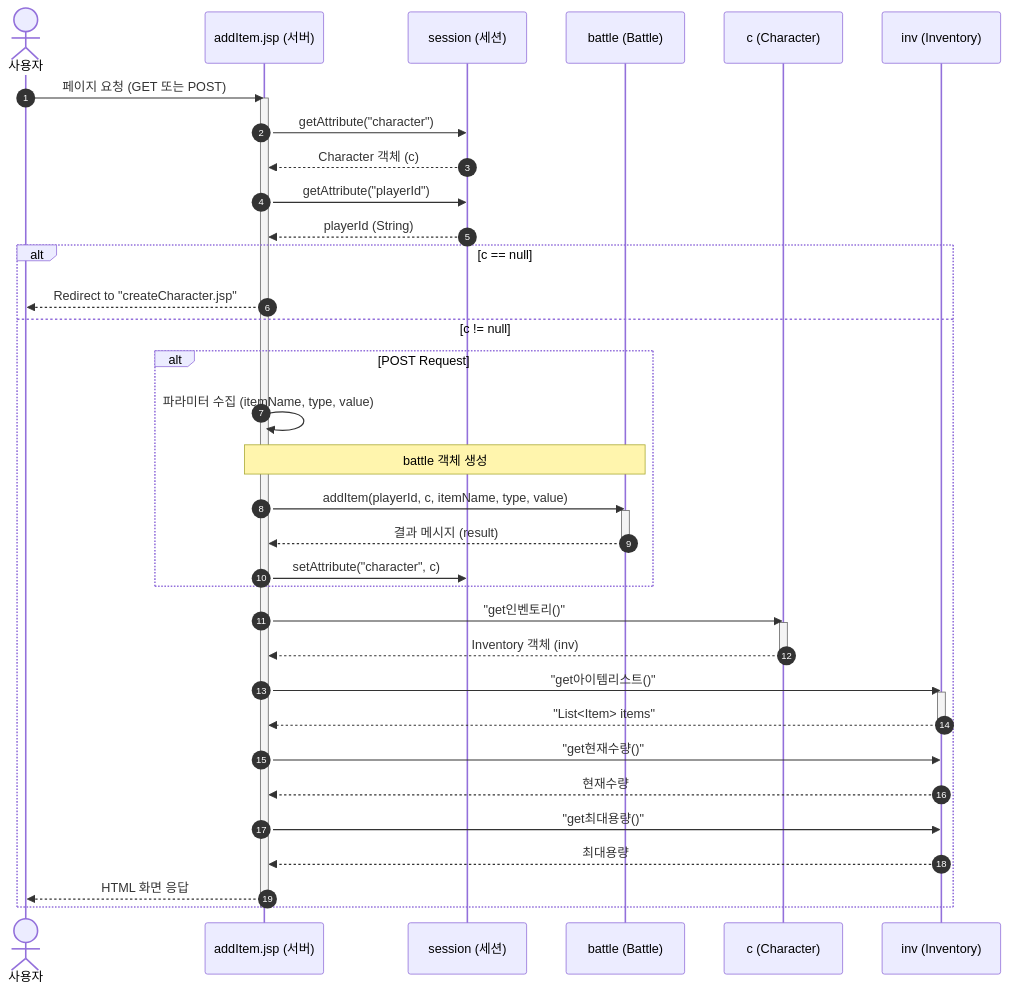
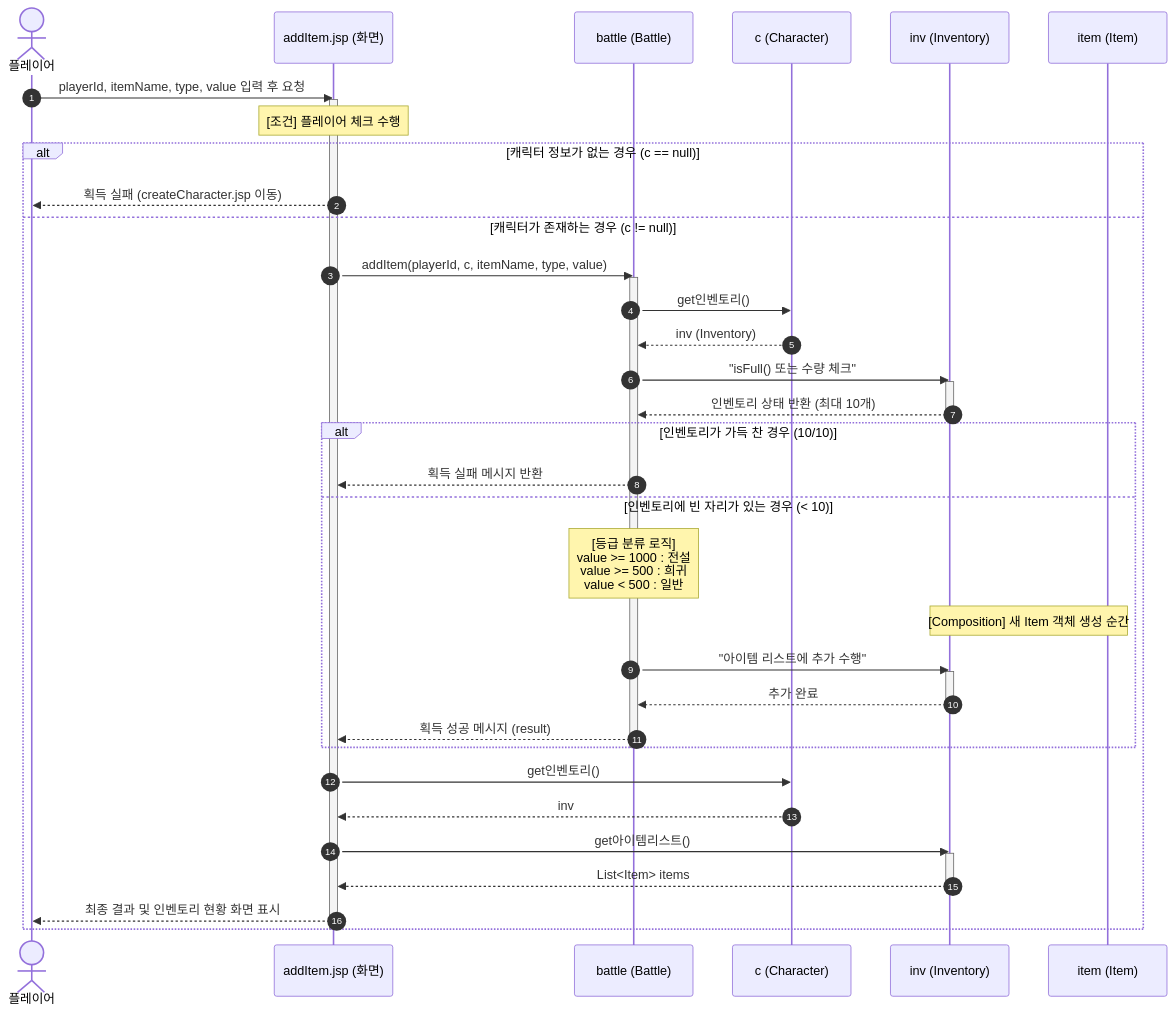
Before and after one commit to Sewqp/DnF_Battle2_B_06-: the diagram in 아이템획득순차도.md, drawn with Mermaid.

````diff
--- a/아이템획득순차도.md
+++ b/아이템획득순차도.md
@@ -1,59 +1,62 @@
 ```mermaid
 sequenceDiagram
     autonumber
-    actor User as 사용자
-    participant JSP as addItem.jsp (서버)
-    participant Session as session (세션)
+    actor User as 플레이어
+    participant JSP as addItem.jsp (화면)
     participant Battle as battle (Battle)
     participant Char as c (Character)
     participant Inv as inv (Inventory)
+    participant Item as item (Item)
 
-    User->>JSP: 페이지 요청 (GET 또는 POST)
+    User->>JSP: playerId, itemName, type, value 입력 후 요청
     activate JSP
 
-    %% 1. 세션 데이터 조회
-    JSP->>Session: getAttribute("character")
-    Session-->>JSP: Character 객체 (c)
-    JSP->>Session: getAttribute("playerId")
-    Session-->>JSP: playerId (String)
+    %% 조건 1: 반드시 플레이어 체크를 한다.
+    Note over JSP: [조건] 플레이어 체크 수행
+    alt 캐릭터 정보가 없는 경우 (c == null)
+        JSP-->>User: 획득 실패 (createCharacter.jsp 이동)
+    else 캐릭터가 존재하는 경우 (c != null)
+        
+        JSP->>Battle: addItem(playerId, c, itemName, type, value)
+        activate Battle
 
-    %% 2. 캐릭터 유효성 검사
-    alt c == null
-        JSP-->>User: Redirect to "createCharacter.jsp"
-    else c != null
+        %% 조건 2: 인벤토리가 가득 차면 (10개) 아이템을 획득할 수 없다.
+        Battle->>Char: get인벤토리()
+        Char-->>Battle: inv (Inventory)
         
-        %% 3. POST 요청 처리
-        alt POST Request
-            JSP->>JSP: 파라미터 수집 (itemName, type, value)
+        Battle->>Inv: "isFull() 또는 수량 체크"
+        activate Inv
+        Inv-->>Battle: 인벤토리 상태 반환 (최대 10개)
+        deactivate Inv
+
+        alt 인벤토리가 가득 찬 경우 (10/10)
+            Battle-->>JSP: 획득 실패 메시지 반환
+        else 인벤토리에 빈 자리가 있는 경우 (< 10)
             
-            %% create를 호출하기 전에 생성을 명시하거나, 상단 선언부와 호환되도록 처리
-            Note over JSP, Battle: battle 객체 생성
-            JSP->>Battle: addItem(playerId, c, itemName, type, value)
-            activate Battle
-            Battle-->>JSP: 결과 메시지 (result)
-            deactivate Battle
+            %% 조건 3: 아이템 가치에 따라 등급을 부여한다.
+            Note over Battle: [등급 분류 로직]<br/>value >= 1000 : 전설<br/>value >= 500 : 희귀<br/>value < 500 : 일반
+
+            %% 조건 4: 캐릭터의 인벤토리에 아이템을 추가한다. (Composition)
+            %% 인벤토리 내부에서 완전히 새롭게 종속적인 Item 객체를 생성함
+            Note over Inv, Item: [Composition] 새 Item 객체 생성 순간
+            Battle->>Inv: "아이템 리스트에 추가 수행"
+            activate Inv
+            Inv-->>Battle: 추가 완료
+            deactivate Inv
             
-            JSP->>Session: setAttribute("character", c)
+            Battle-->>JSP: 획득 성공 메시지 (result)
         end
+        deactivate Battle
 
-        %% 4. 인벤토리 및 아이템 리스트 조회
-        JSP->>Char: "get인벤토리()"
-        activate Char
-        Char-->>JSP: Inventory 객체 (inv)
-        deactivate Char
+        %% 최종 화면 렌더링을 위한 잔여 데이터 조회
+        JSP->>Char: get인벤토리()
+        Char-->>JSP: inv
+        JSP->>Inv: get아이템리스트()
+        activate Inv
+        Inv-->>JSP: List<Item> items
+        deactivate Inv
 
-        JSP->>Inv: "get아이템리스트()"
-        activate Inv
-        Inv-->>JSP: "List<Item> items"
-        deactivate Inv
-        
-        JSP->>Inv: "get현재수량()"
-        Inv-->>JSP: 현재수량
-        JSP->>Inv: "get최대용량()"
-        Inv-->>JSP: 최대용량
-
-        %% 5. 응답
-        JSP-->>User: HTML 화면 응답
+        JSP-->>User: 최종 결과 및 인벤토리 현황 화면 표시
     end
     deactivate JSP
 ```
````
